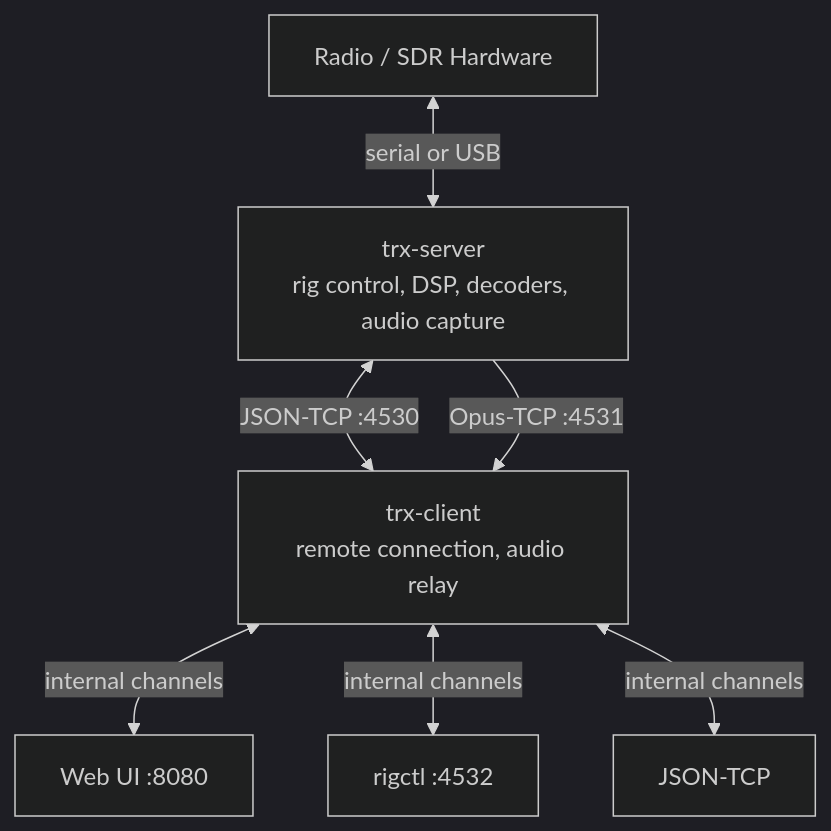
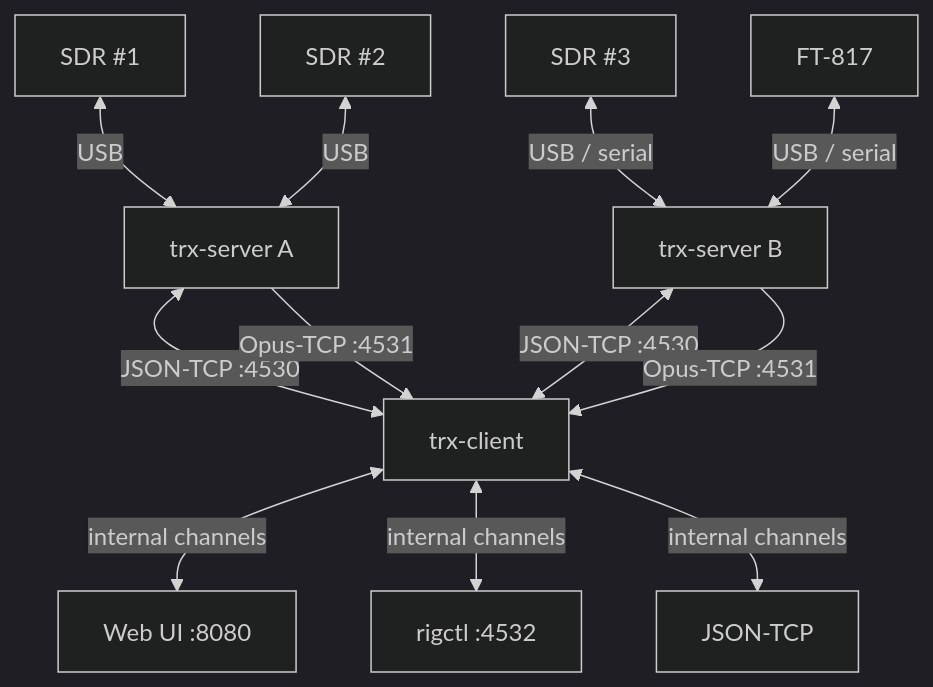
The diagram in README.md (sgrams/trx-rs), drawn with Mermaid (dark theme) before and after one commit. The commit also changed other lines of this file, not shown here.

Commit message:
[docs](trx-rs): show multi-server topology in README diagram
Replace single-server Mermaid diagram with two trx-servers: one with two
SDRs, the other with an SDR and FT-817, both feeding a single trx-client.

````diff
--- a/README.md
+++ b/README.md
@@ -85,9 +85,14 @@
 ```mermaid
 graph TD
-    Radio["Radio / SDR Hardware"] <-->|"serial or USB"| Server["trx-server<br/>rig control, DSP, decoders, audio capture"]
-    Server <-->|"JSON-TCP :4530"| Client["trx-client<br/>remote connection, audio relay"]
-    Server -->|"Opus-TCP :4531"| Client
-    Client <-->|internal channels| F1["Web UI :8080"]
-    Client <-->|internal channels| F2["rigctl :4532"]
-    Client <-->|internal channels| F3["JSON-TCP"]
+    SDR1["SDR #1"] & SDR2["SDR #2"] <-->|USB| S1["trx-server A"]
+    SDR3["SDR #3"] & FT817["FT-817"] <-->|USB / serial| S2["trx-server B"]
+
+    S1 <-->|"JSON-TCP :4530"| C1["trx-client"]
+    S1 -->|"Opus-TCP :4531"| C1
+    S2 <-->|"JSON-TCP :4530"| C1
+    S2 -->|"Opus-TCP :4531"| C1
+
+    C1 <-->|internal channels| F1["Web UI :8080"]
+    C1 <-->|internal channels| F2["rigctl :4532"]
+    C1 <-->|internal channels| F3["JSON-TCP"]
 ```
````
